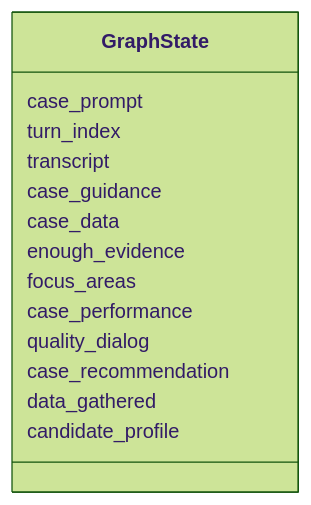
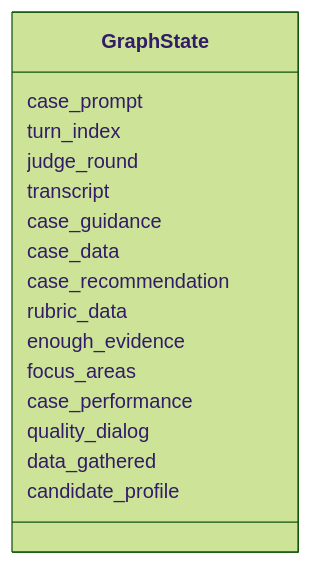
One commit to PPerezdeMadrid/agentic-case-interview-coach changed the second of 4 diagrams in doc/graph.md. Above: the diagram before and after it, drawn with Mermaid (forest theme). The commit also changed other lines of this file and 28 other files, not shown here.

````diff
--- a/doc/graph.md
+++ b/doc/graph.md
@@ -59,17 +68,19 @@
 ```mermaid
 classDiagram
     class GraphState {
         case_prompt
         turn_index
+        judge_round
         transcript
         case_guidance
         case_data
+        case_recommendation
+        rubric_data
         enough_evidence
         focus_areas
         case_performance
         quality_dialog
-        case_recommendation
         data_gathered
         candidate_profile
     }
 ```
````
